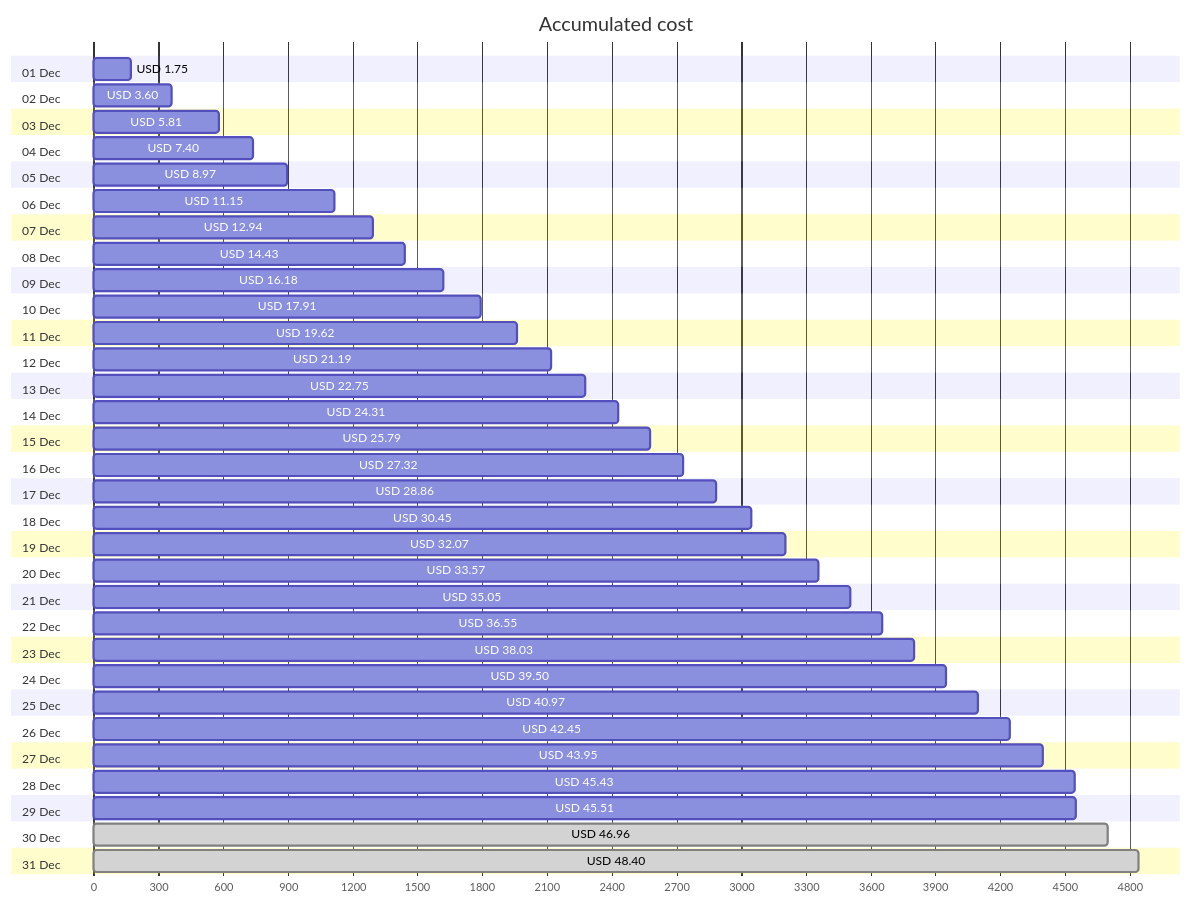
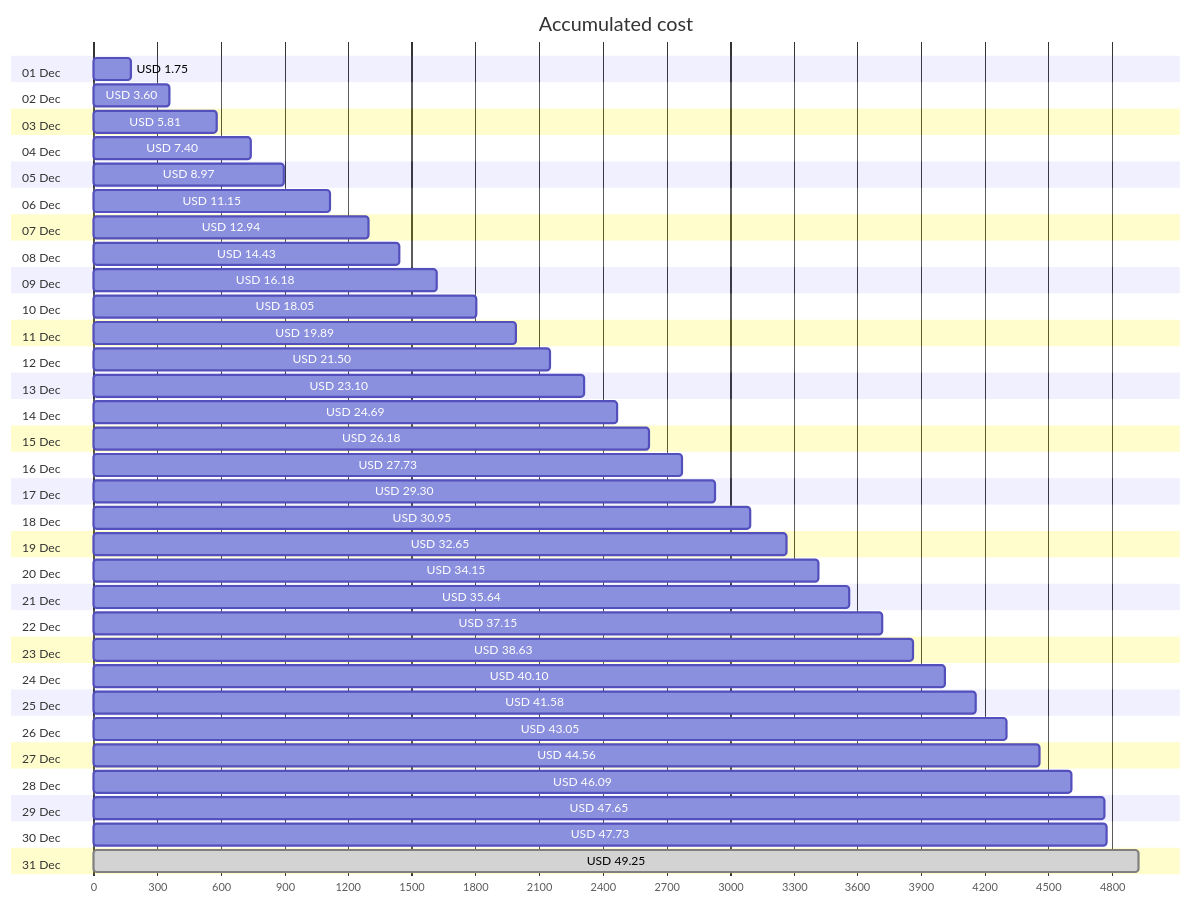
One commit to jpfulton/azure-personal-reports changed the first of 4 diagrams in cost-reports/personal-network/README.md. Above: the diagram before and after it, drawn with Mermaid. The commit also changed other lines of this file and 8 other files, not shown here.

````diff
--- a/cost-reports/personal-network/README.md
+++ b/cost-reports/personal-network/README.md
@@ -20,68 +20,68 @@
 ```mermaid
 gantt
    title Accumulated cost
    dateFormat  X
    axisFormat %s
    section 01 Dec
    USD 1.75 :0, 175
    section 02 Dec
    USD 3.60 :0, 360
    section 03 Dec
    USD 5.81 :0, 581
    section 04 Dec
    USD 7.40 :0, 740
    section 05 Dec
    USD 8.97 :0, 897
    section 06 Dec
    USD 11.15 :0, 1115
    section 07 Dec
    USD 12.94 :0, 1294
    section 08 Dec
    USD 14.43 :0, 1443
    section 09 Dec
    USD 16.18 :0, 1618
    section 10 Dec
-   USD 17.91 :0, 1791
+   USD 18.05 :0, 1805
    section 11 Dec
-   USD 19.62 :0, 1962
+   USD 19.89 :0, 1989
    section 12 Dec
-   USD 21.19 :0, 2119
+   USD 21.50 :0, 2150
    section 13 Dec
-   USD 22.75 :0, 2275
+   USD 23.10 :0, 2310
    section 14 Dec
-   USD 24.31 :0, 2431
+   USD 24.69 :0, 2469
    section 15 Dec
-   USD 25.79 :0, 2579
+   USD 26.18 :0, 2618
    section 16 Dec
-   USD 27.32 :0, 2732
+   USD 27.73 :0, 2773
    section 17 Dec
-   USD 28.86 :0, 2886
+   USD 29.30 :0, 2930
    section 18 Dec
-   USD 30.45 :0, 3045
+   USD 30.95 :0, 3095
    section 19 Dec
-   USD 32.07 :0, 3207
+   USD 32.65 :0, 3265
    section 20 Dec
-   USD 33.57 :0, 3357
+   USD 34.15 :0, 3415
    section 21 Dec
-   USD 35.05 :0, 3505
+   USD 35.64 :0, 3564
    section 22 Dec
-   USD 36.55 :0, 3655
+   USD 37.15 :0, 3715
    section 23 Dec
-   USD 38.03 :0, 3803
+   USD 38.63 :0, 3863
    section 24 Dec
-   USD 39.50 :0, 3950
+   USD 40.10 :0, 4010
    section 25 Dec
-   USD 40.97 :0, 4097
+   USD 41.58 :0, 4158
    section 26 Dec
-   USD 42.45 :0, 4245
+   USD 43.05 :0, 4305
    section 27 Dec
-   USD 43.95 :0, 4395
+   USD 44.56 :0, 4456
    section 28 Dec
-   USD 45.43 :0, 4543
+   USD 46.09 :0, 4609
    section 29 Dec
-   USD 45.51 :0, 4551
+   USD 47.65 :0, 4765
    section 30 Dec
-   USD 46.96 : done, 0, 4696
+   USD 47.73 :0, 4773
    section 31 Dec
-   USD 48.40 : done, 0, 4840
+   USD 49.25 : done, 0, 4925
 ```
````
